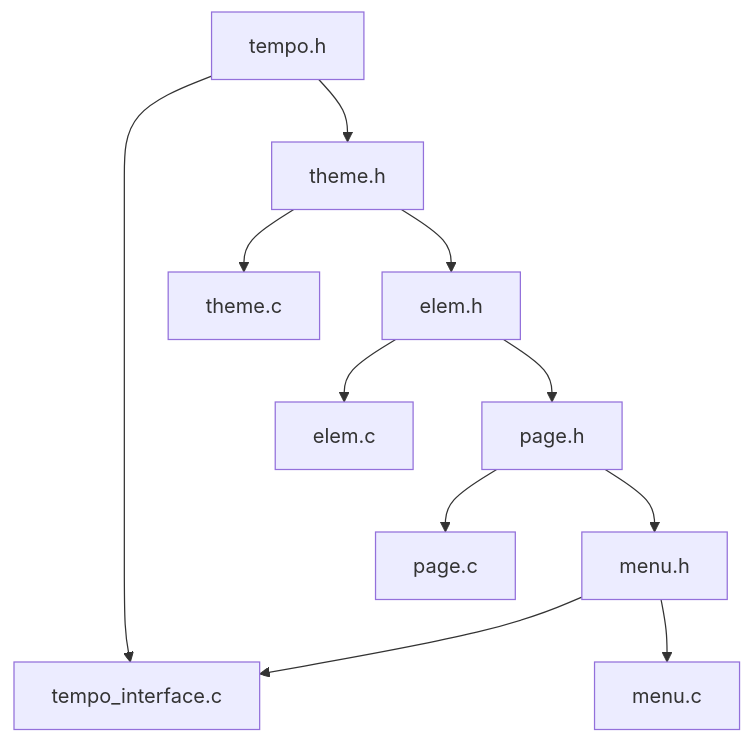
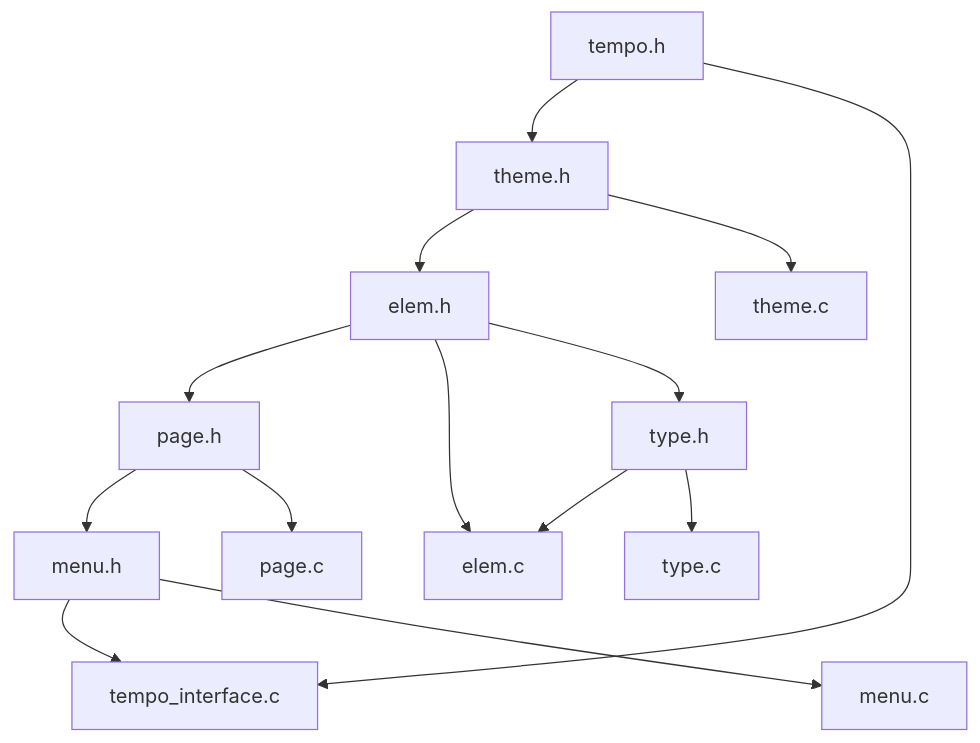
Before and after one commit to ShilianShen/Jasmin: the diagram in src/outer/tempo/README.md, drawn with Mermaid. The commit also changed 2 other files, not shown here.

Commit message:
update jasmin

````diff
--- a/src/outer/tempo/README.md
+++ b/src/outer/tempo/README.md
@@ -2,9 +2,11 @@
 ```mermaid
 flowchart
     tempo.h --> theme.h --> elem.h --> page.h --> menu.h --> tempo_interface.c
     theme.h --> theme.c
     elem.h --> elem.c
     page.h --> page.c
     menu.h --> menu.c
     tempo.h --> tempo_interface.c
+    elem.h --> type.h --> elem.c
+    type.h --> type.c
 ```
````
